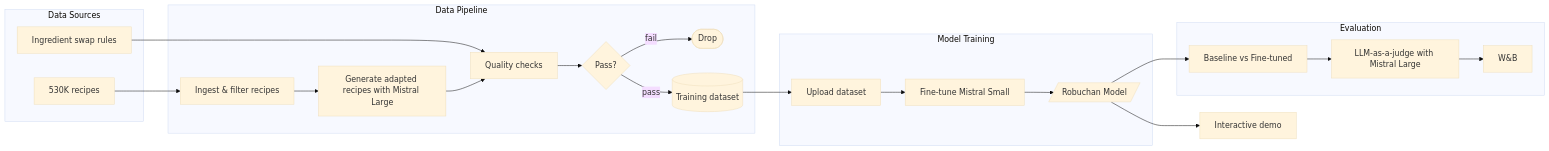
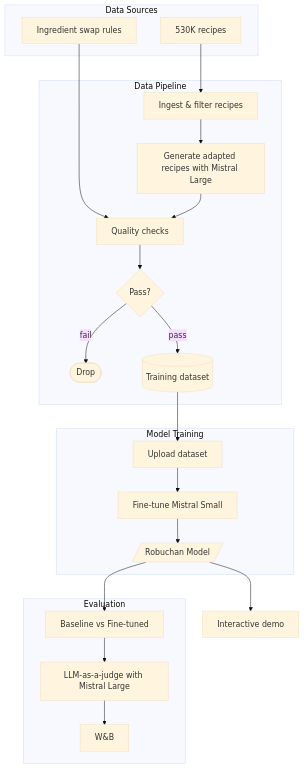
One commit to sumitdotml/robuchan changed the diagram in README.md. Above: the diagram before and after it, drawn with Mermaid (base theme). The commit also changed other lines of this file, not shown here.

Commit message:
docs: README flowchart is portrait, add todo links

````diff
--- a/README.md
+++ b/README.md
@@ -13,45 +17,45 @@
 ```mermaid
-flowchart LR
+flowchart TD
     subgraph DataSources["Data Sources"]
         FoodCom["530K recipes"]
         KB["Ingredient swap rules"]
     end
 
     subgraph DataPipeline["Data Pipeline"]
         Ingest["Ingest & filter recipes"]
         Generate["Generate adapted recipes with Mistral Large"]
         Check["Quality checks"]
         PF{Pass?}
         Drop(["Drop"])
         Dataset[("Training dataset")]
     end
 
     subgraph Training["Model Training"]
         Upload["Upload dataset"]
         FineTune["Fine-tune Mistral Small"]
         Model[/"Robuchan Model"/]
     end
 
     subgraph Eval["Evaluation"]
         BaseVsFT["Baseline vs Fine-tuned"]
         Judge["LLM-as-a-judge with Mistral Large"]
         Metrics["W&B"]
     end
 
     Demo["Interactive demo"]
 
     FoodCom --> Ingest
     KB --> Check
     Ingest --> Generate
     Generate --> Check
     Check --> PF
     PF -->|fail| Drop
     PF -->|pass| Dataset
     Dataset --> Upload
     Upload --> FineTune
     FineTune --> Model
     Model --> BaseVsFT
     BaseVsFT --> Judge
     Judge --> Metrics
     Model --> Demo
 ```
````
